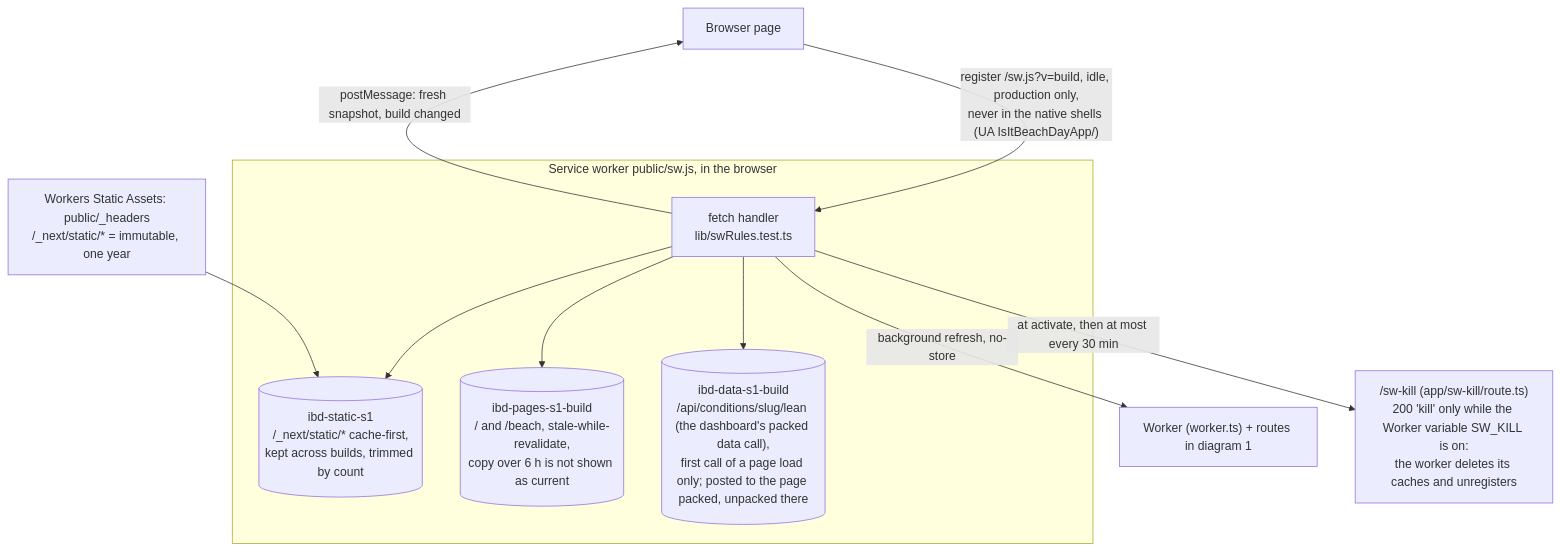
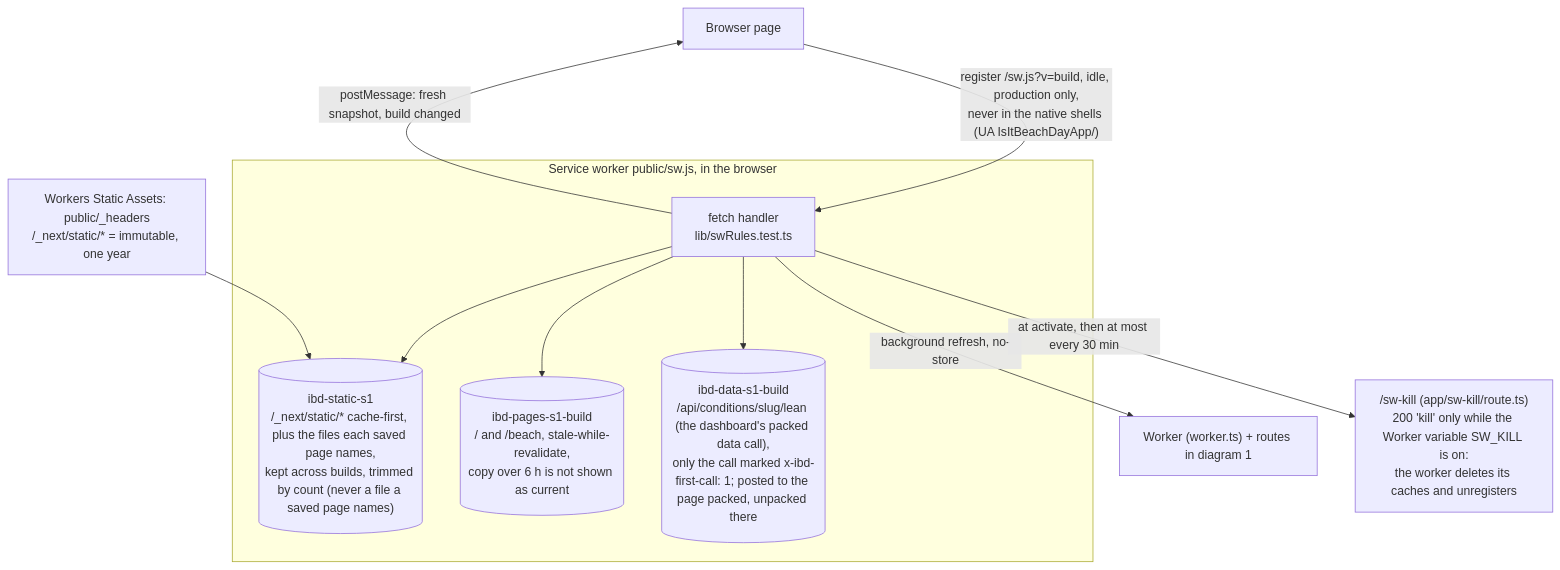
The second of 6 diagrams in docs/architecture.md (jayfrid-bot/bocabeach), drawn with Mermaid before and after one commit. The commit also changed other lines of this file and 22 other files, not shown here.

````diff
--- a/docs/architecture.md
+++ b/docs/architecture.md
@@ -168,13 +168,13 @@
 ```mermaid
 flowchart TD
   BR[Browser page] -->|"register /sw.js?v=build, idle, production only,<br/>never in the native shells (UA IsItBeachDayApp/)"| SW
   subgraph SWBOX [Service worker public/sw.js, in the browser]
-    SW[fetch handler<br/>lib/swRules.test.ts] --> STATICC[("ibd-static-s1<br/>/_next/static/* cache-first,<br/>kept across builds, trimmed by count")]
+    SW[fetch handler<br/>lib/swRules.test.ts] --> STATICC[("ibd-static-s1<br/>/_next/static/* cache-first, plus the files each saved page names,<br/>kept across builds, trimmed by count (never a file a saved page names)")]
     SW --> PAGEC[("ibd-pages-s1-build<br/>/ and /beach, stale-while-revalidate,<br/>copy over 6 h is not shown as current")]
-    SW --> DATAC[("ibd-data-s1-build<br/>/api/conditions/slug/lean (the dashboard's packed data call),<br/>first call of a page load only; posted to the page packed, unpacked there")]
+    SW --> DATAC[("ibd-data-s1-build<br/>/api/conditions/slug/lean (the dashboard's packed data call),<br/>only the call marked x-ibd-first-call: 1; posted to the page packed, unpacked there")]
   end
   SW -->|"background refresh, no-store"| EDGE2["Worker (worker.ts) + routes in diagram 1"]
   SW -->|"postMessage: fresh snapshot, build changed"| BR
   SW -->|"at activate, then at most every 30 min"| KILL["/sw-kill (app/sw-kill/route.ts)<br/>200 'kill' only while the Worker variable SW_KILL is on:<br/>the worker deletes its caches and unregisters"]
   ASSETS["Workers Static Assets: public/_headers<br/>/_next/static/* = immutable, one year"] --> STATICC
 ```
````
